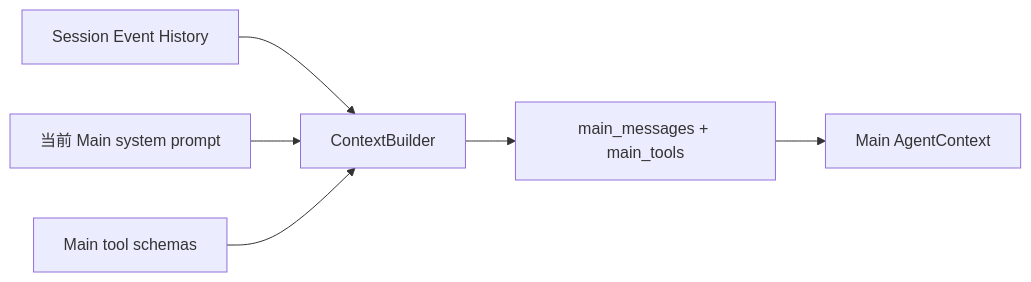
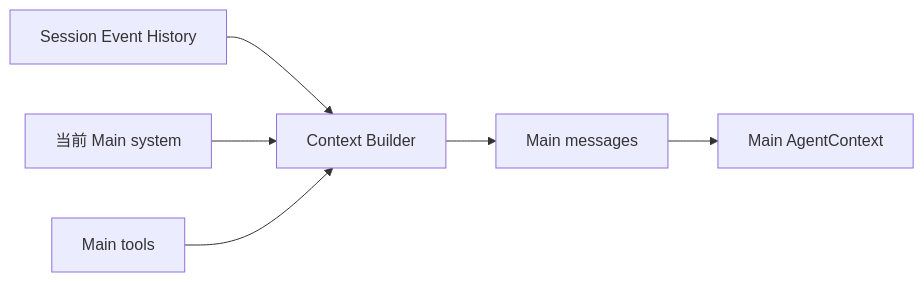
The second of 8 diagrams in docs/04-model-and-context-protocol.md (Arthur999459up/GitAgent), drawn with Mermaid before and after one commit. The commit also changed other lines of this file and 15 other files, not shown here.

````diff
--- a/docs/04-model-and-context-protocol.md
+++ b/docs/04-model-and-context-protocol.md
@@ -154,8 +68,8 @@
 ```mermaid
 flowchart LR
-    E[Session Event History] --> B[ContextBuilder]
-    S[当前 Main system prompt] --> B
-    T[Main tool schemas] --> B
-    B --> M[main_messages + main_tools]
+    E[Session Event History] --> B[Context Builder]
+    S[当前 Main system] --> B
+    T[Main tools] --> B
+    B --> M[Main messages]
     M --> C[Main AgentContext]
 ```
````
